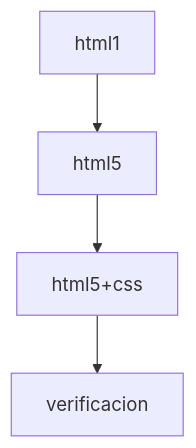
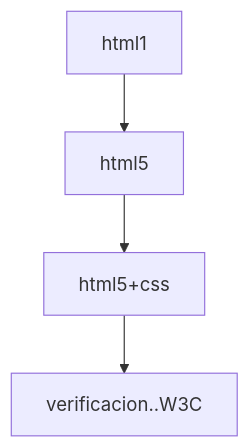
Before and after one commit to maurodri/ejer_HTML: the diagram in README.md, drawn with Mermaid. The commit also changed other lines of this file, not shown here.

````diff
--- a/README.md
+++ b/README.md
@@ -28,6 +47,6 @@
 ```mermaid
 graph TD;
     html1-->html5;
     html5-->html5+css;
-    html5+css-->verificacion;
+    html5+css-->verificacion..W3C;
 ```
````
